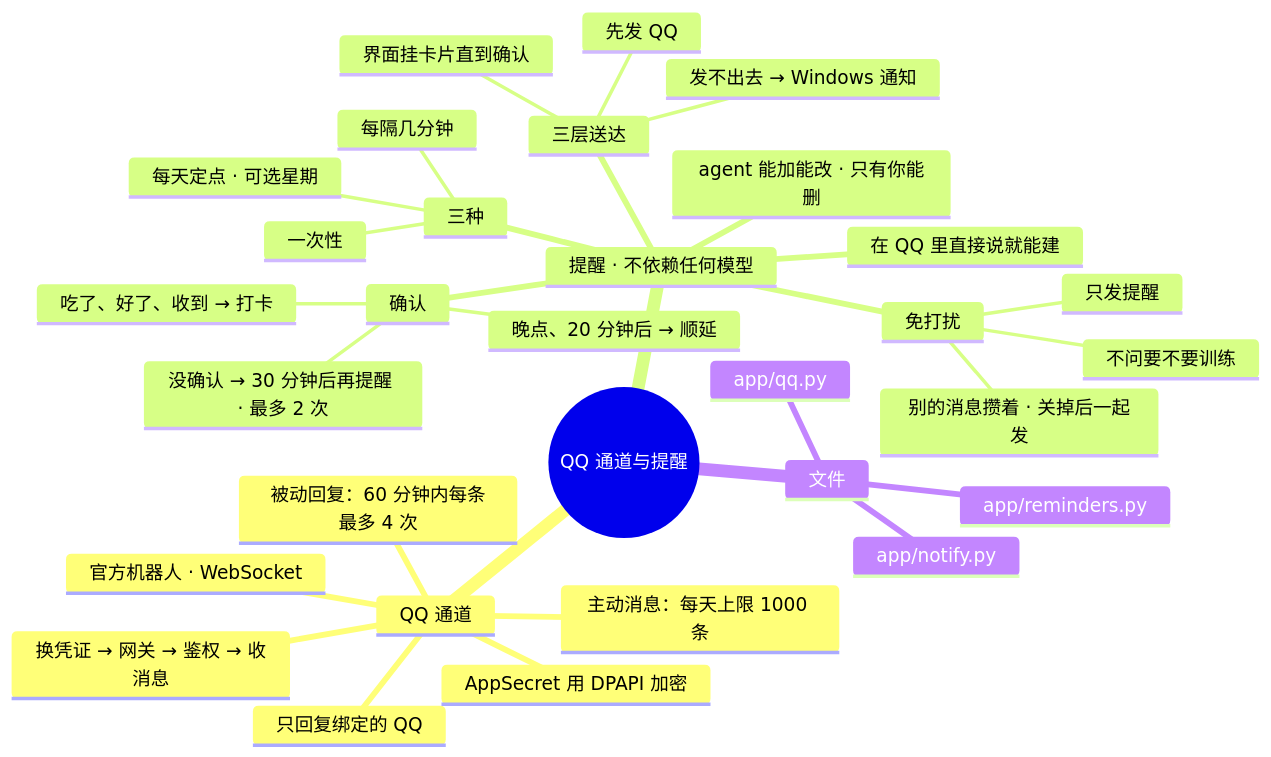
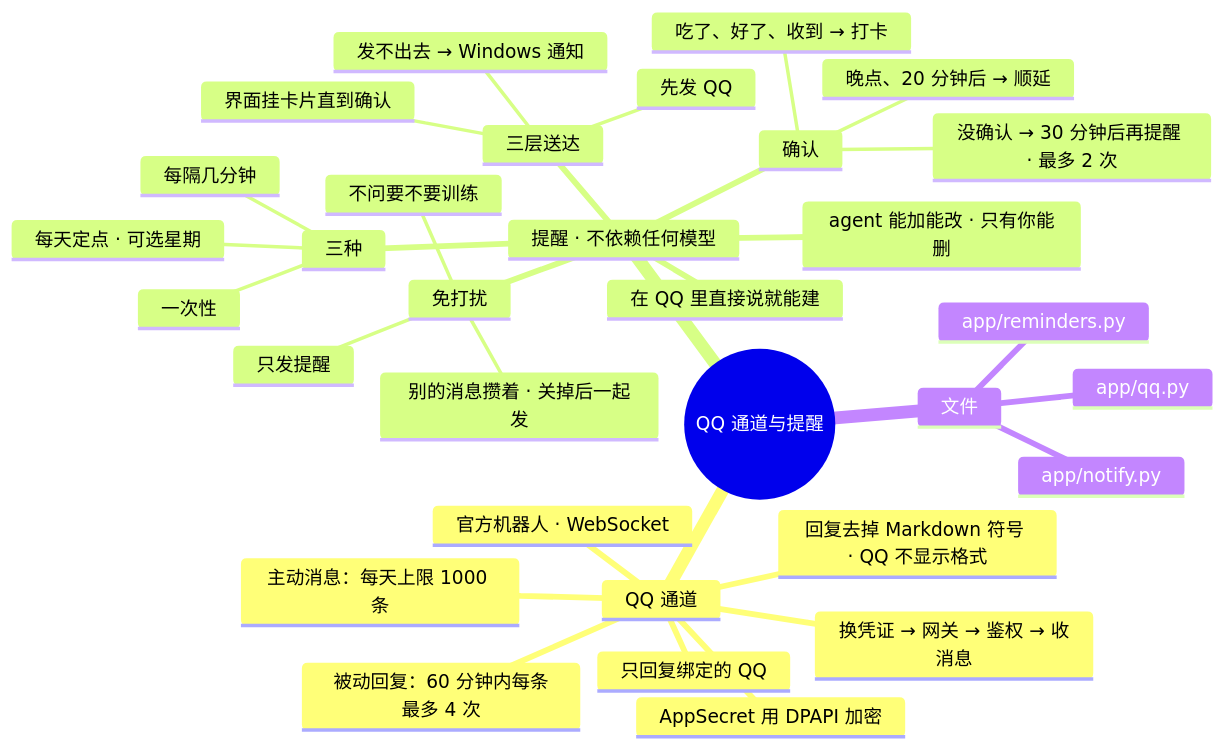
One commit to lql-076/Experiment-Agent-One changed the diagram in docs/AI文档/架构/04-QQ通道与提醒.md. Above: the diagram before and after it, drawn with Mermaid. The commit also changed other lines of this file and 36 other files, not shown here.

````diff
--- a/docs/AI文档/架构/04-QQ通道与提醒.md
+++ b/docs/AI文档/架构/04-QQ通道与提醒.md
@@ -9,35 +9,36 @@
 ```mermaid
 mindmap
   root((QQ 通道与提醒))
     QQ 通道
     :::svc-qq
       官方机器人 · WebSocket
       换凭证 → 网关 → 鉴权 → 收消息
       只回复绑定的 QQ
+      回复去掉 Markdown 符号 · QQ 不显示格式
       被动回复：60 分钟内每条最多 4 次
       主动消息：每天上限 1000 条
       AppSecret 用 DPAPI 加密
     提醒 · 不依赖任何模型
       三种
         每天定点 · 可选星期
         每隔几分钟
         一次性
       在 QQ 里直接说就能建
       三层送达
         先发 QQ
         发不出去 → Windows 通知
         界面挂卡片直到确认
       确认
         吃了、好了、收到 → 打卡
         晚点、20 分钟后 → 顺延
         没确认 → 30 分钟后再提醒 · 最多 2 次
       免打扰
         只发提醒
         别的消息攒着 · 关掉后一起发
         不问要不要训练
       agent 能加能改 · 只有你能删
     文件
       app/qq.py
       app/reminders.py
       app/notify.py
 ```
````
